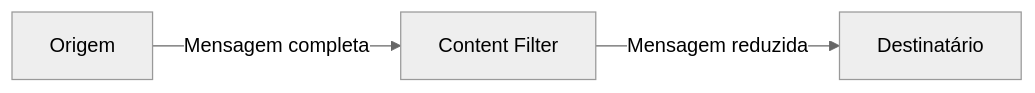
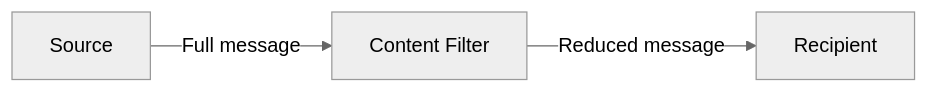
One commit to alancesar/design-patterns changed the diagram in docs/architecture/eip/message-transformation/content-filter.md. Above: the diagram before and after it, drawn with Mermaid (neutral theme). The commit also changed 258 other files, not shown here.

First line of the commit message:
Translate Mermaid diagrams to English

````diff
--- a/docs/architecture/eip/message-transformation/content-filter.md
+++ b/docs/architecture/eip/message-transformation/content-filter.md
@@ -54,5 +54,5 @@
 ```mermaid
 flowchart LR
-    O["Origem"] -->|"Mensagem completa"| F["Content Filter"]
-    F -->|"Mensagem reduzida"| D["Destinatário"]
+    O["Source"] -->|"Full message"| F["Content Filter"]
+    F -->|"Reduced message"| D["Recipient"]
 ```
````
